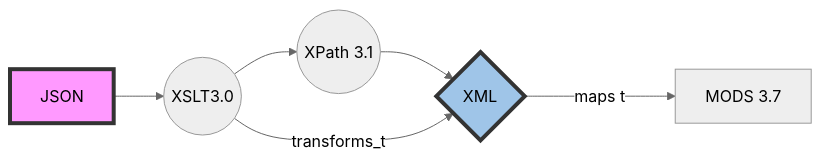
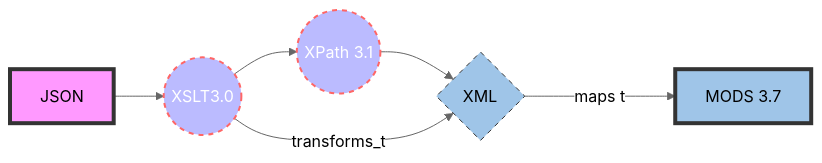
The second of 4 diagrams in README.md (CarlosMartinez-USDA/json-to-xml), drawn with Mermaid (neutral theme) before and after one commit. The commit also changed other lines of this file, not shown here.

````diff
--- a/README.md
+++ b/README.md
@@ -22,10 +22,13 @@
 ```mermaid
 graph LR
 A[JSON] --> B((XSLT3.0))
 B-->B.1((XPath 3.1))-->C
 B --transforms_to--> C{XML}
 C --maps to--> D[MODS 3.7]
 style A fill:#f9f,stroke:#333,stroke-width:4px 
+style B fill:#bbf,stroke:#f66,stroke-width:2px,color:#fff,stroke-dasharray: 5 5
+style B.1 fill:#bbf,stroke:#f66,stroke-width:2px,color:#fff,stroke-dasharray: 5 5
+style C fill:#9fc5e8, stroke:#333, stroke-dasharray: 5 5
+style D fill:#9fc5e8,stroke:#333,stroke-width:4px 
 
-style C fill:#9fc5e8, stroke:#333, stroke-width:4px
 ```
````
